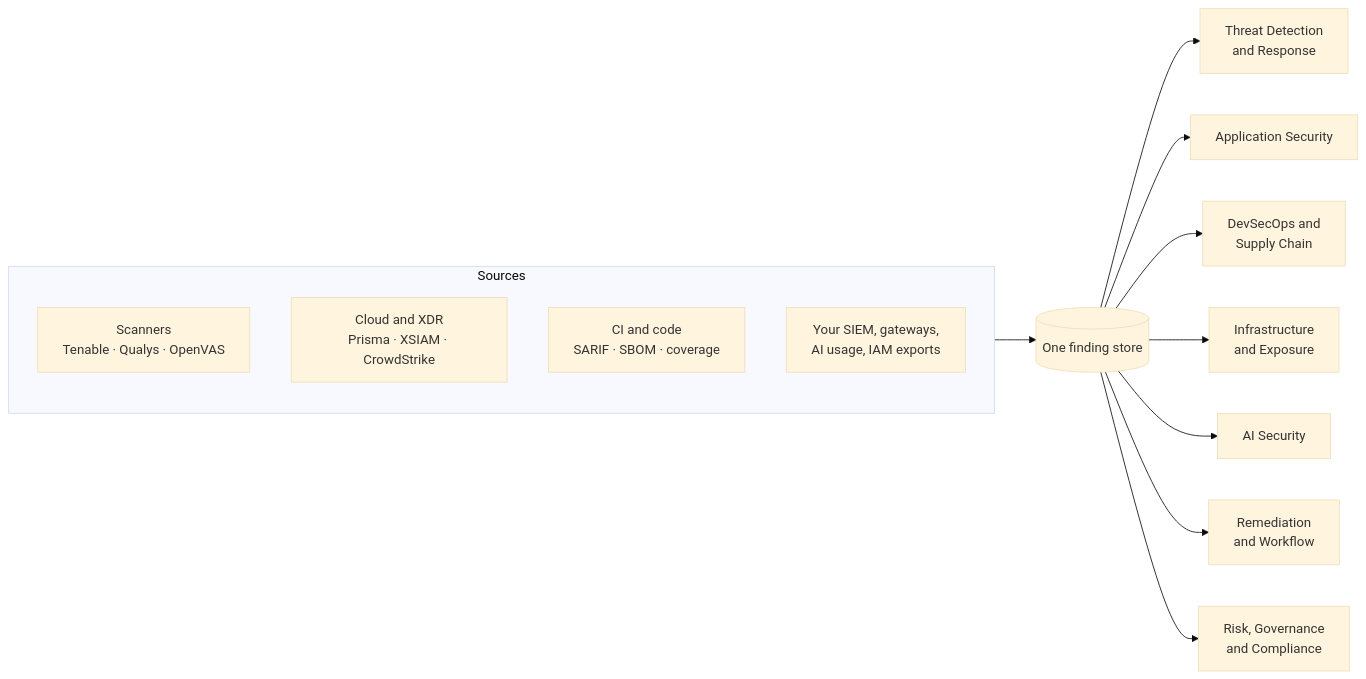
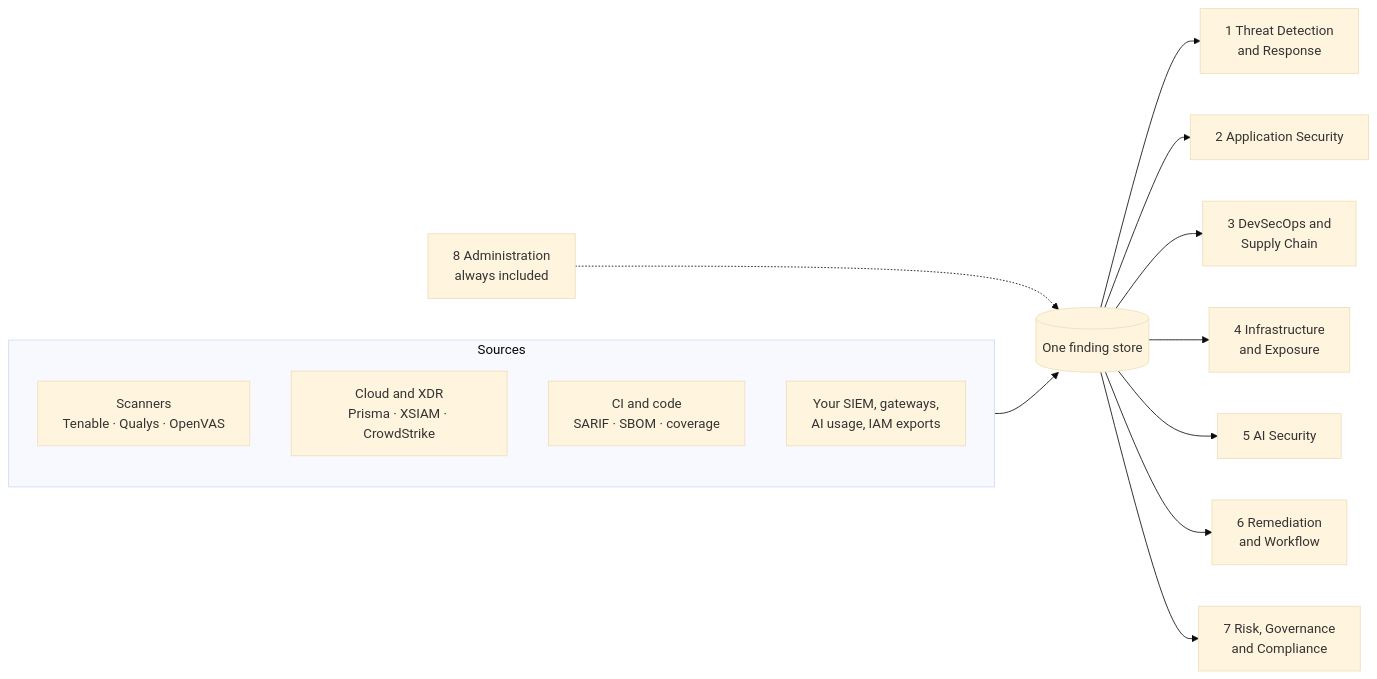
One commit to pavankumar-evani/VulnHunter changed the first of 12 diagrams in README.md. Above: the diagram before and after it, drawn with Mermaid (base theme). The commit also changed other lines of this file and 52 other files, not shown here.

Commit message:
docs: README with a screenshot, description, features and flowchart for every module, an About section and a researched comparison

````diff
--- a/README.md
+++ b/README.md
@@ -92,17 +107,18 @@
 ```mermaid
 flowchart LR
     subgraph Sources
       S1[Scanners<br/>Tenable · Qualys · OpenVAS]
       S2[Cloud and XDR<br/>Prisma · XSIAM · CrowdStrike]
       S3[CI and code<br/>SARIF · SBOM · coverage]
       S4[Your SIEM, gateways,<br/>AI usage, IAM exports]
     end
     Sources --> F[(One finding store)]
-    F --> M1[Threat Detection<br/>and Response]
-    F --> M2[Application Security]
-    F --> M3[DevSecOps and<br/>Supply Chain]
-    F --> M4[Infrastructure<br/>and Exposure]
-    F --> M5[AI Security]
-    F --> M6[Remediation<br/>and Workflow]
-    F --> M7[Risk, Governance<br/>and Compliance]
+    F --> M1[1 Threat Detection<br/>and Response]
+    F --> M2[2 Application Security]
+    F --> M3[3 DevSecOps and<br/>Supply Chain]
+    F --> M4[4 Infrastructure<br/>and Exposure]
+    F --> M5[5 AI Security]
+    F --> M6[6 Remediation<br/>and Workflow]
+    F --> M7[7 Risk, Governance<br/>and Compliance]
+    M8[8 Administration<br/>always included] -.-> F
 ```
````
